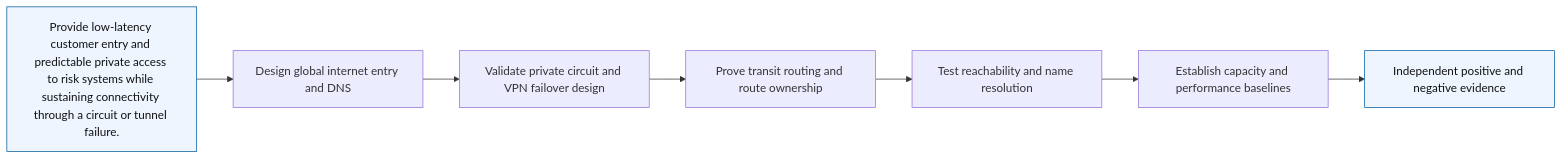
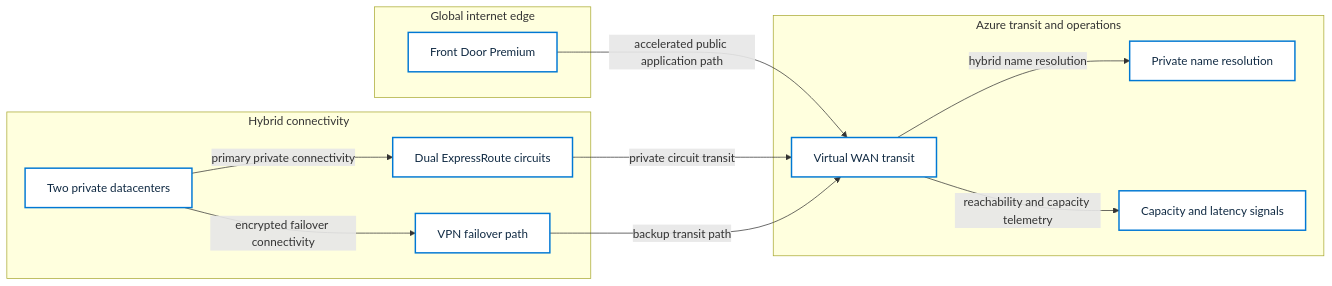
Before and after one commit to Jamonygr/Azure-Solutions-Architect-Expert: the diagram in labs/24-internet-hybrid-connectivity/diagrams/architecture.mmd, drawn with Mermaid. The commit also changed 144 other files, not shown here.

```diff
--- a/labs/24-internet-hybrid-connectivity/diagrams/architecture.mmd
+++ b/labs/24-internet-hybrid-connectivity/diagrams/architecture.mmd
@@ -1,12 +1,25 @@
 %% BEGIN GENERATED AZ305 V1
 flowchart LR
-    R["Provide low-latency customer entry and predictable private access to risk systems while sustaining connectivity through a circuit or tunnel failure."]
-    R --> C1["Design global internet entry and DNS"]
-    C1 --> C2["Validate private circuit and VPN failover design"]
-    C2 --> C3["Prove transit routing and route ownership"]
-    C3 --> C4["Test reachability and name resolution"]
-    C4 --> C5["Establish capacity and performance baselines"]
-    C5 --> E["Independent positive and negative evidence"]
-    classDef boundary fill:#eef5ff,stroke:#005a9e,color:#111
-    class R,E boundary
+    subgraph B_global_edge["Global internet edge"]
+        N_front_door["Front Door Premium"]
+    end
+    subgraph B_hybrid_connections["Hybrid connectivity"]
+        N_datacenters["Two private datacenters"]
+        N_expressroute["Dual ExpressRoute circuits"]
+        N_vpn["VPN failover path"]
+    end
+    subgraph B_azure_transit["Azure transit and operations"]
+        N_virtual_wan["Virtual WAN transit"]
+        N_dns["Private name resolution"]
+        N_performance["Capacity and latency signals"]
+    end
+    N_front_door -->|"accelerated public application path"| N_virtual_wan
+    N_datacenters -->|"primary private connectivity"| N_expressroute
+    N_datacenters -->|"encrypted failover connectivity"| N_vpn
+    N_expressroute -->|"private circuit transit"| N_virtual_wan
+    N_vpn -->|"backup transit path"| N_virtual_wan
+    N_virtual_wan -->|"hybrid name resolution"| N_dns
+    N_virtual_wan -->|"reachability and capacity telemetry"| N_performance
+    classDef service fill:#ffffff,stroke:#0078d4,color:#102a43,stroke-width:2px
+    class N_front_door,N_datacenters,N_expressroute,N_vpn,N_virtual_wan,N_dns,N_performance service
 %% END GENERATED AZ305 V1
```
